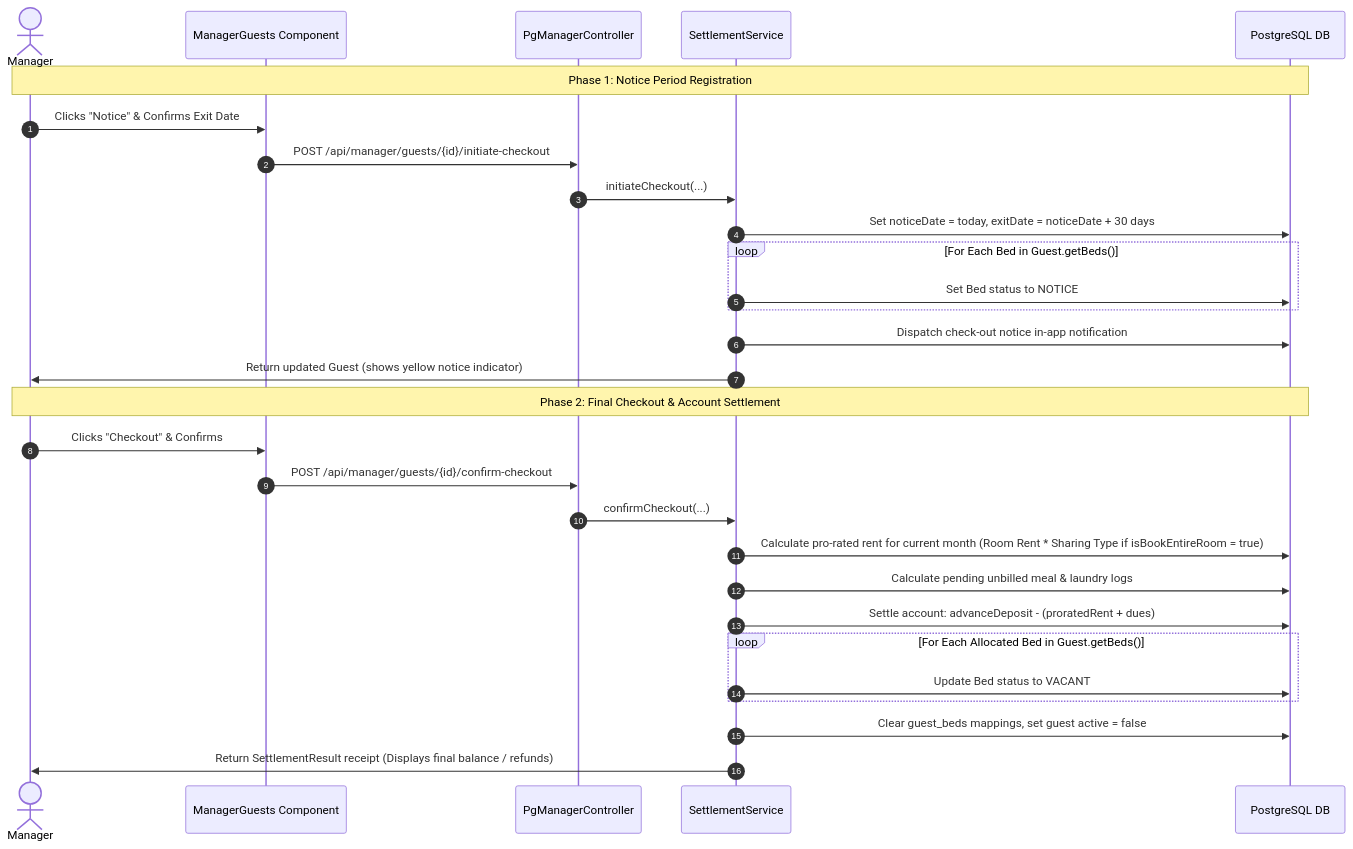
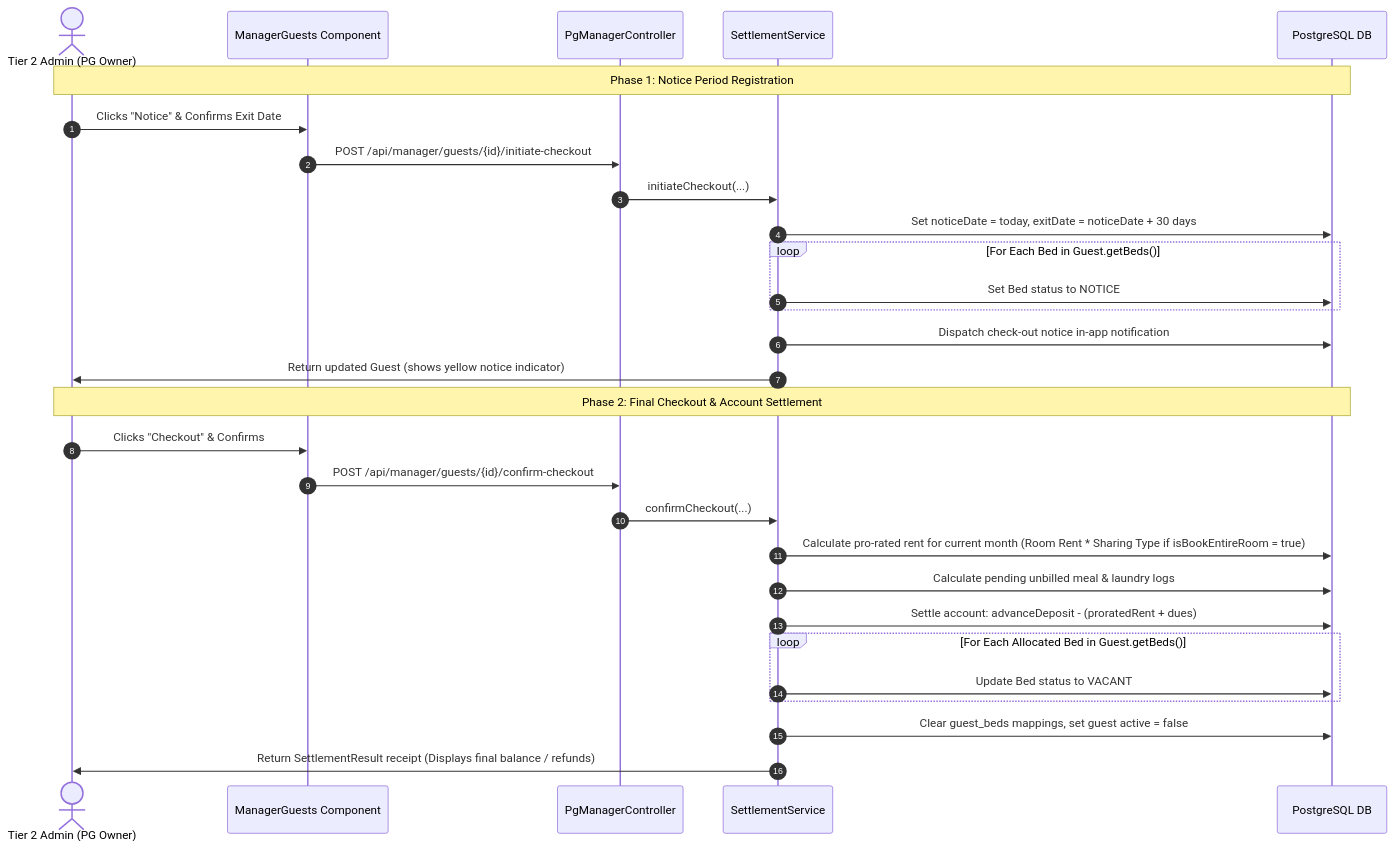
The third of 21 diagrams in docs/WORKFLOWS.md (rahul-0906/PG-Project), drawn with Mermaid before and after one commit. The commit also changed other lines of this file and 7 other files, not shown here.

Commit message:
Comprehensive documentation overhaul: update 4-tier roles, workflows, calculations, architecture, and onboarding SOP

````diff
--- a/docs/WORKFLOWS.md
+++ b/docs/WORKFLOWS.md
@@ -81,33 +92,33 @@
 ```mermaid
 sequenceDiagram
     autonumber
-    actor Manager
+    actor Admin as Tier 2 Admin (PG Owner)
     participant App as ManagerGuests Component
     participant Controller as PgManagerController
     participant Service as SettlementService
     participant DB as PostgreSQL DB
 
-    Note over Manager, DB: Phase 1: Notice Period Registration
-    Manager->>App: Clicks "Notice" & Confirms Exit Date
+    Note over Admin, DB: Phase 1: Notice Period Registration
+    Admin->>App: Clicks "Notice" & Confirms Exit Date
     App->>Controller: POST /api/manager/guests/{id}/initiate-checkout
     Controller->>Service: initiateCheckout(...)
     Service->>DB: Set noticeDate = today, exitDate = noticeDate + 30 days
     loop For Each Bed in Guest.getBeds()
         Service->>DB: Set Bed status to NOTICE
     end
     Service->>DB: Dispatch check-out notice in-app notification
-    Service->>Manager: Return updated Guest (shows yellow notice indicator)
+    Service->>Admin: Return updated Guest (shows yellow notice indicator)
 
-    Note over Manager, DB: Phase 2: Final Checkout & Account Settlement
-    Manager->>App: Clicks "Checkout" & Confirms
+    Note over Admin, DB: Phase 2: Final Checkout & Account Settlement
+    Admin->>App: Clicks "Checkout" & Confirms
     App->>Controller: POST /api/manager/guests/{id}/confirm-checkout
     Controller->>Service: confirmCheckout(...)
     Service->>DB: Calculate pro-rated rent for current month (Room Rent * Sharing Type if isBookEntireRoom = true)
     Service->>DB: Calculate pending unbilled meal & laundry logs
     Service->>DB: Settle account: advanceDeposit - (proratedRent + dues)
     loop For Each Allocated Bed in Guest.getBeds()
         Service->>DB: Update Bed status to VACANT
     end
     Service->>DB: Clear guest_beds mappings, set guest active = false
-    Service->>Manager: Return SettlementResult receipt (Displays final balance / refunds)
+    Service->>Admin: Return SettlementResult receipt (Displays final balance / refunds)
 ```
````
